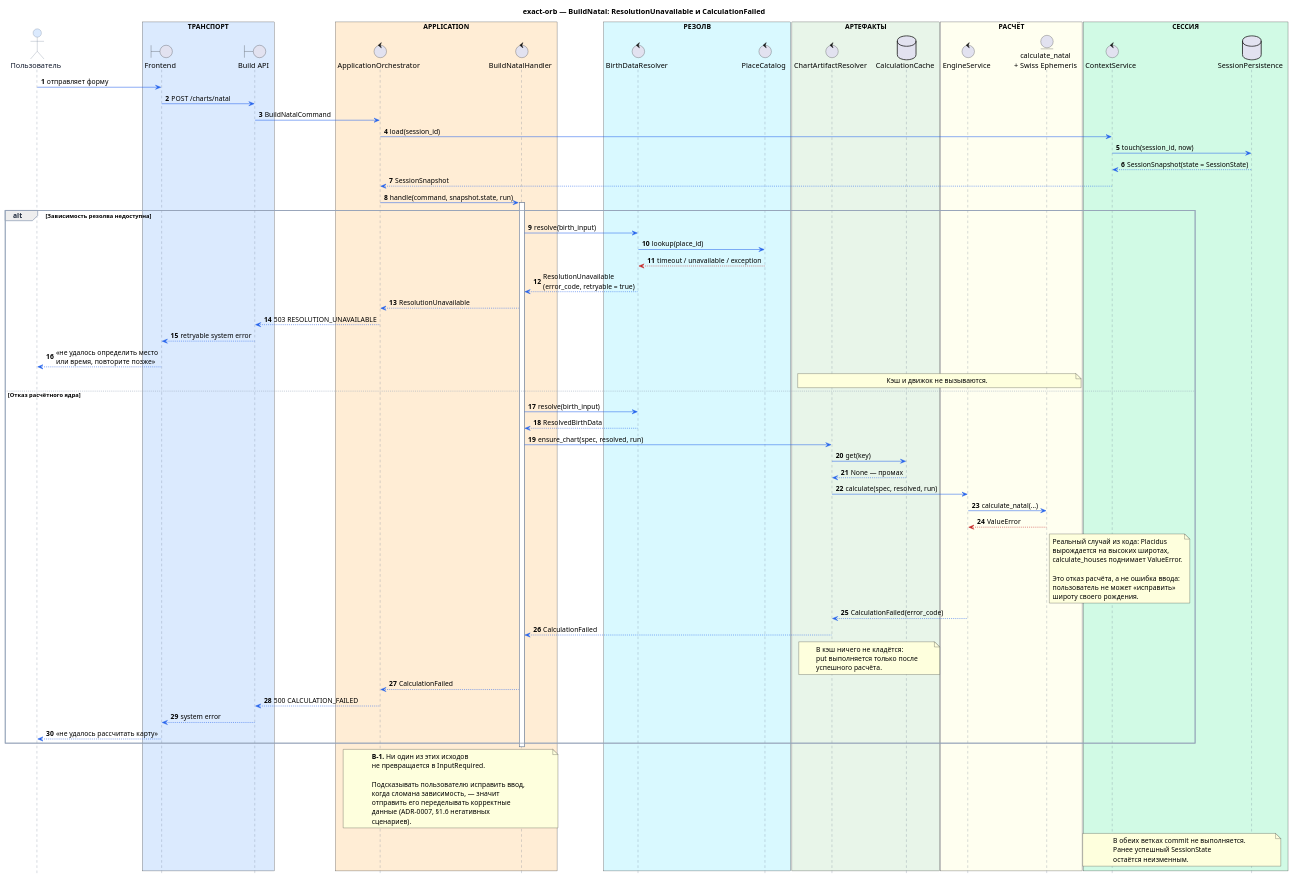
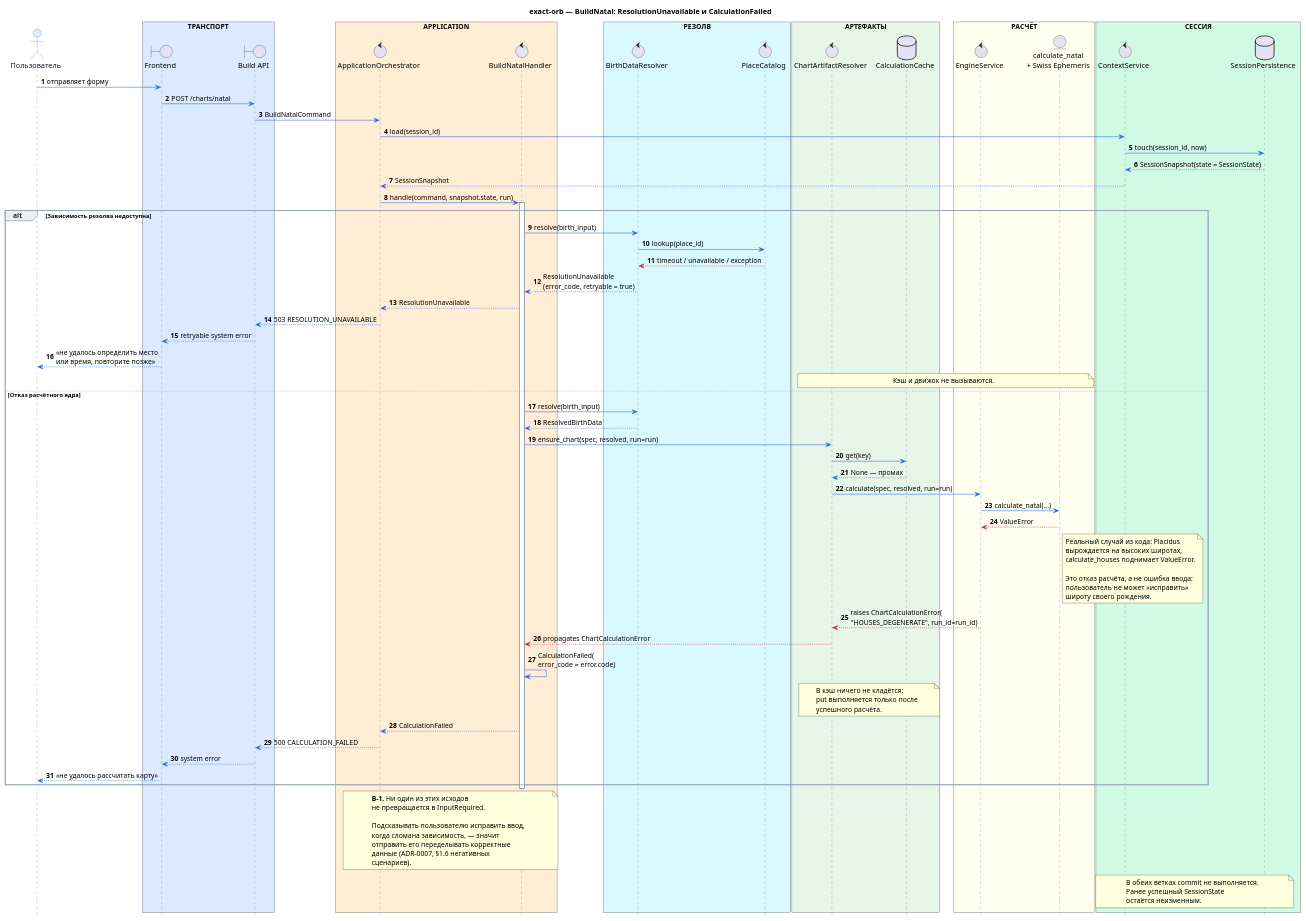
Before and after one commit to ksenia-baranova/exact-orb-demo: the diagram in docs/sequence_diagrams/build_natal/005-build_natal_technical_failures.puml, drawn with PlantUML. The commit also changed 8 other files, not shown here.

Commit message:
docs: update architecture diagrams, overview, and scenarios

```diff
--- a/docs/sequence_diagrams/build_natal/005-build_natal_technical_failures.puml
+++ b/docs/sequence_diagrams/build_natal/005-build_natal_technical_failures.puml
@@ -1,158 +1,159 @@
 @startuml
 title exact-orb — BuildNatal: ResolutionUnavailable и CalculationFailed
 
 ' Технические отказы. Ключевой инвариант B-1: техническая ошибка
 ' никогда не преобразуется в InputRequired.
 
 autonumber
 hide footbox
 
 skinparam shadowing false
 skinparam responseMessageBelowArrow true
 
 skinparam sequence {
     ArrowColor #2563EB
     LifeLineBorderColor #64748B
     LifeLineBackgroundColor #FFFFFF
 
     ParticipantBorderColor #64748B
     ParticipantFontColor #0F172A
     ParticipantBackgroundColor #F8FAFC
 
     ActorBorderColor #64748B
     ActorFontColor #0F172A
     ActorBackgroundColor #DBEAFE
 
     GroupBorderColor #94A3B8
     GroupHeaderFontColor #1E293B
 
     DividerBorderColor #94A3B8
     DividerFontColor #1E293B
 
     NoteBorderColor #94A3B8
     NoteBackgroundColor #FFFBEA
     NoteFontColor #334155
 }
 
 actor "Пользователь" as User
 
 box "ТРАНСПОРТ" #DBEAFE
     boundary "Frontend" as FE
     boundary "Build API" as API
 end box
 
 box "APPLICATION" #FFEDD5
     control "ApplicationOrchestrator" as Orch
     control "BuildNatalHandler" as Handler
 end box
 
 box "РЕЗОЛВ" #D9F9FF
     control "BirthDataResolver" as Resolver
     control "PlaceCatalog" as Places
 end box
 
 box "АРТЕФАКТЫ" #E8F5E9
     control "ChartArtifactResolver" as Artifacts
     database "CalculationCache" as Cache
 end box
 
 box "РАСЧЁТ" #FFFFF0
     control "EngineService" as Engine
     entity "calculate_natal\n+ Swiss Ephemeris" as Swiss
 end box
 
 box "СЕССИЯ" #D1FAE5
     control "ContextService" as Context
     database "SessionPersistence" as Store
 end box
 
 
 User -> FE : отправляет форму
 FE -> API : POST /charts/natal
 API -> Orch : BuildNatalCommand
 
 Orch -> Context : load(session_id)
 Context -> Store : touch(session_id, now)
 Store --> Context : SessionSnapshot(state = SessionState)
 Context --> Orch : SessionSnapshot
 
 Orch -> Handler : handle(command, snapshot.state, run)
 activate Handler
 
 
 alt Зависимость резолва недоступна
 
     Handler -> Resolver : resolve(birth_input)
     Resolver -> Places : lookup(place_id)
     Places -[#C62828]-> Resolver : timeout / unavailable / exception
 
     Resolver --> Handler : ResolutionUnavailable\n(error_code, retryable = true)
     Handler --> Orch : ResolutionUnavailable
 
     Orch --> API : 503 RESOLUTION_UNAVAILABLE
     API --> FE : retryable system error
     FE --> User : «не удалось определить место\nили время, повторите позже»
 
     note over Artifacts, Swiss
     Кэш и движок не вызываются.
     end note
 
 else Отказ расчётного ядра
 
     Handler -> Resolver : resolve(birth_input)
     Resolver --> Handler : ResolvedBirthData
 
-    Handler -> Artifacts : ensure_chart(spec, resolved, run)
+    Handler -> Artifacts : ensure_chart(spec, resolved, run=run)
     Artifacts -> Cache : get(key)
     Cache --> Artifacts : None — промах
 
-    Artifacts -> Engine : calculate(spec, resolved, run)
+    Artifacts -> Engine : calculate(spec, resolved, run=run)
     Engine -> Swiss : calculate_natal(...)
     Swiss -[#C62828]-> Engine : ValueError
 
     note right of Swiss
     Реальный случай из кода: Placidus
     вырождается на высоких широтах,
     calculate_houses поднимает ValueError.
 
     Это отказ расчёта, а не ошибка ввода:
     пользователь не может «исправить»
     широту своего рождения.
     end note
 
-    Engine --> Artifacts : CalculationFailed(error_code)
-    Artifacts --> Handler : CalculationFailed
+    Engine -[#C62828]-> Artifacts : raises ChartCalculationError(\n"HOUSES_DEGENERATE", run_id=run_id)
+    Artifacts -[#C62828]-> Handler : propagates ChartCalculationError
+    Handler -> Handler : CalculationFailed(\nerror_code = error.code)
 
     note over Artifacts, Cache
     В кэш ничего не кладётся:
     put выполняется только после
     успешного расчёта.
     end note
 
     Handler --> Orch : CalculationFailed
     Orch --> API : 500 CALCULATION_FAILED
     API --> FE : system error
     FE --> User : «не удалось рассчитать карту»
 
 end
 
 deactivate Handler
 
 note over Handler, Orch
 **B-1.** Ни один из этих исходов
 не превращается в InputRequired.
 
 Подсказывать пользователю исправить ввод,
 когда сломана зависимость, — значит
 отправить его переделывать корректные
 данные (ADR-0007, §1.6 негативных
 сценариев).
 end note
 
 note over Context, Store
 В обеих ветках commit не выполняется.
 Ранее успешный SessionState
 остаётся неизменным.
 end note
 
 @enduml
```
